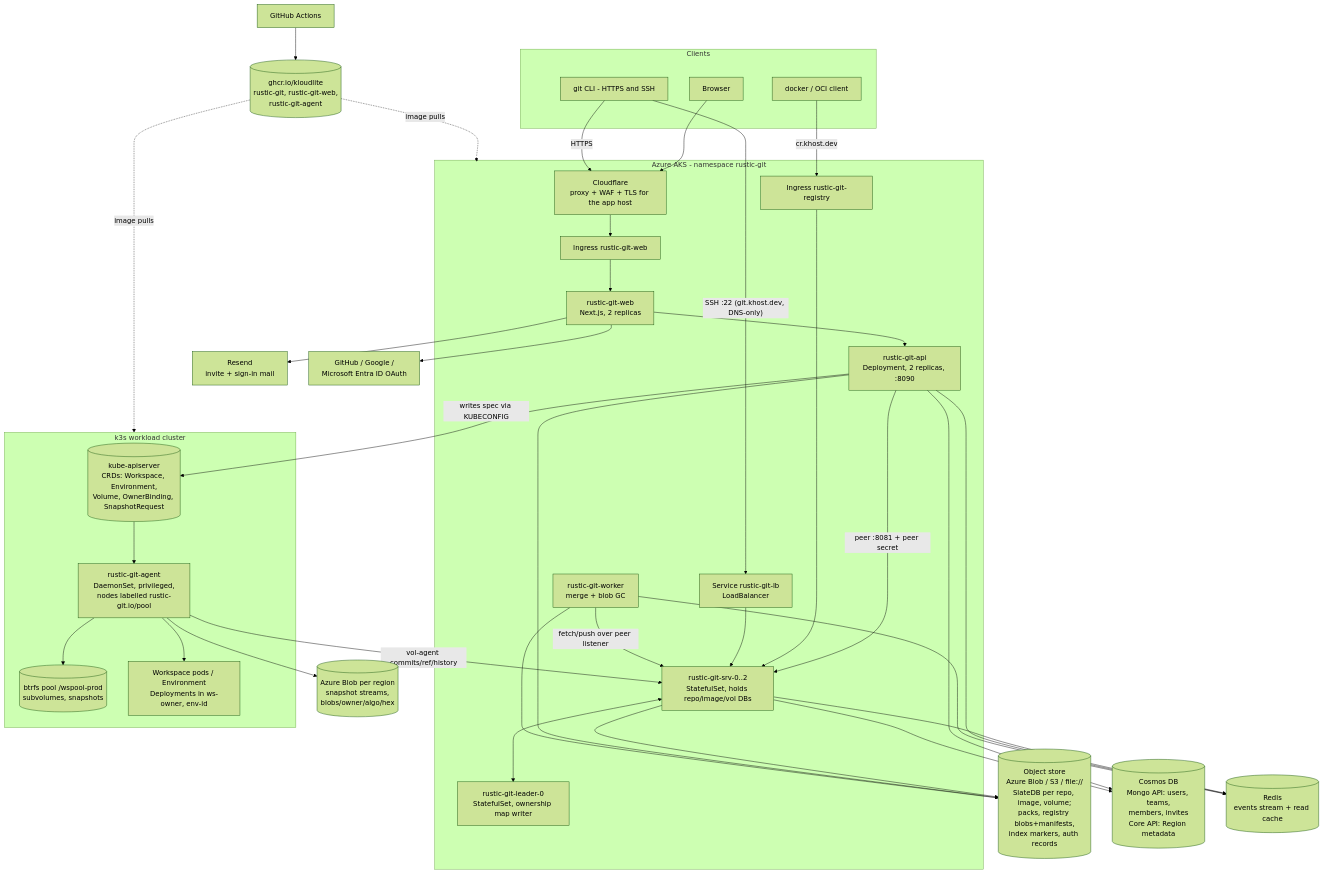
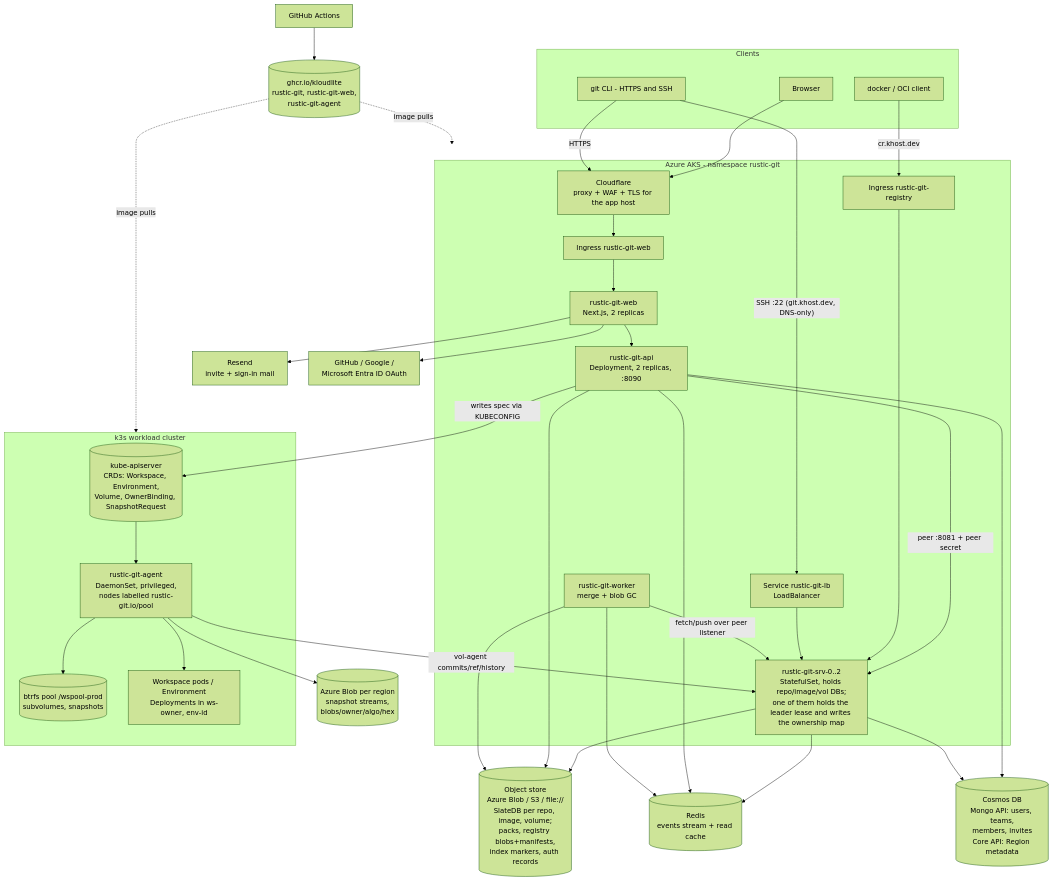
One commit to kloudlite/rustic-git changed the diagram in README.md. Above: the diagram before and after it, drawn with Mermaid (forest theme). The commit also changed other lines of this file, not shown here.

Commit message:
Describe the elected ownership-map writer in the README

````diff
--- a/README.md
+++ b/README.md
@@ -14,66 +14,64 @@
 ```mermaid
 flowchart TB
   subgraph clients[Clients]
     U[Browser]
     G[git CLI - HTTPS and SSH]
     D[docker / OCI client]
   end
 
   CF[Cloudflare<br/>proxy + WAF + TLS for the app host]
   U --> CF
   G -- HTTPS --> CF
   G -- "SSH :22 (git.khost.dev, DNS-only)" --> LB[Service rustic-git-lb<br/>LoadBalancer]
   D -- "cr.khost.dev" --> INGR
 
   subgraph aks[Azure AKS - namespace rustic-git]
     CF --> INGW[Ingress rustic-git-web]
     INGR[Ingress rustic-git-registry]
     INGW --> WEB[rustic-git-web<br/>Next.js, 2 replicas]
     WEB --> API[rustic-git-api<br/>Deployment, 2 replicas, :8090]
     API -- "peer :8081 + peer secret" --> SRV
     INGR --> SRV
     LB --> SRV
-    LEAD[rustic-git-leader-0<br/>StatefulSet, ownership map writer]
-    SRV[rustic-git-srv-0..2<br/>StatefulSet, holds repo/image/vol DBs]
-    SRV <--> LEAD
+    SRV[rustic-git-srv-0..2<br/>StatefulSet, holds repo/image/vol DBs;<br/>one of them holds the leader lease and writes the ownership map]
     WRK[rustic-git-worker<br/>merge + blob GC]
     WRK -- "fetch/push over peer listener" --> SRV
   end
 
   subgraph k3s[k3s workload cluster]
     APIS[(kube-apiserver<br/>CRDs: Workspace, Environment,<br/>Volume, OwnerBinding, SnapshotRequest)]
     AG[rustic-git-agent<br/>DaemonSet, privileged,<br/>nodes labelled rustic-git.io/pool]
     POOL[(btrfs pool /wspool-prod<br/>subvolumes, snapshots)]
     PODS[Workspace pods / Environment<br/>Deployments in ws-owner, env-id]
     APIS --> AG
     AG --> POOL
     AG --> PODS
   end
 
   API -- "writes spec via KUBECONFIG" --> APIS
   AG -- "vol-agent commits/ref/history" --> SRV
 
   OS[(Object store<br/>Azure Blob / S3 / file://<br/>SlateDB per repo, image, volume;<br/>packs, registry blobs+manifests,<br/>index markers, auth records)]
   COS[(Cosmos DB<br/>Mongo API: users, teams,<br/>members, invites<br/>Core API: Region metadata)]
   RED[(Redis<br/>events stream + read cache)]
   AZB[(Azure Blob per region<br/>snapshot streams,<br/>blobs/owner/algo/hex)]
 
   SRV --> OS
   API --> OS
   WRK --> OS
   SRV --> RED
   API --> RED
   WRK --> RED
   API --> COS
   SRV --> COS
   AG --> AZB
 
   RES[Resend<br/>invite + sign-in mail]
   OAUTH[GitHub / Google /<br/>Microsoft Entra ID OAuth]
   WEB --> RES
   WEB --> OAUTH
 
   GH[GitHub Actions] --> GHCR[(ghcr.io/kloudlite<br/>rustic-git, rustic-git-web,<br/>rustic-git-agent)]
   GHCR -.image pulls.-> aks
   GHCR -.image pulls.-> k3s
 ```
````
